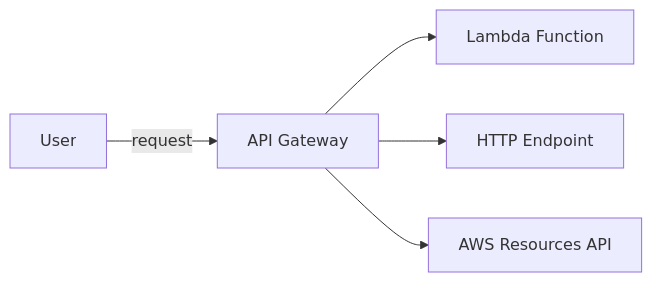
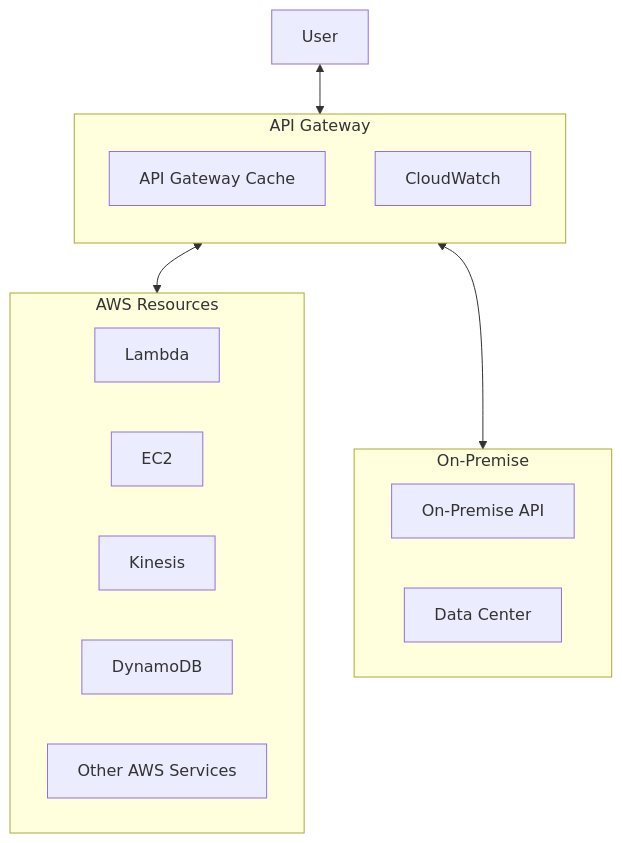
The diagram in aws/APIGateway.md (cool21540125/documentation-notes), drawn with Mermaid before and after one commit. The commit also changed other lines of this file and 8 other files, not shown here.

````diff
--- a/aws/APIGateway.md
+++ b/aws/APIGateway.md
@@ -23,8 +26,26 @@
 ```mermaid
-flowchart LR;
+flowchart TB;
 
-User -- request --> api["API Gateway"];
-api --> lambda["Lambda Function"];
-api --> http["HTTP Endpoint"]
-api --> aws["AWS Resources API"]
+subgraph api["API Gateway"]
+    direction TB
+    cache["API Gateway Cache"]
+    cw["CloudWatch"]
+end
+subgraph AWS["AWS Resources"]
+    direction LR
+    Lambda
+    EC2
+    Kinesis
+    DynamoDB
+    aws["Other AWS Services"]
+end
+subgraph On-Premise
+    direction LR
+    premmiseapi["On-Premise API"]
+    dc["Data Center"]
+end
+
+User <--> api;
+api <--> AWS
+api <--> On-Premise
 ```
````
